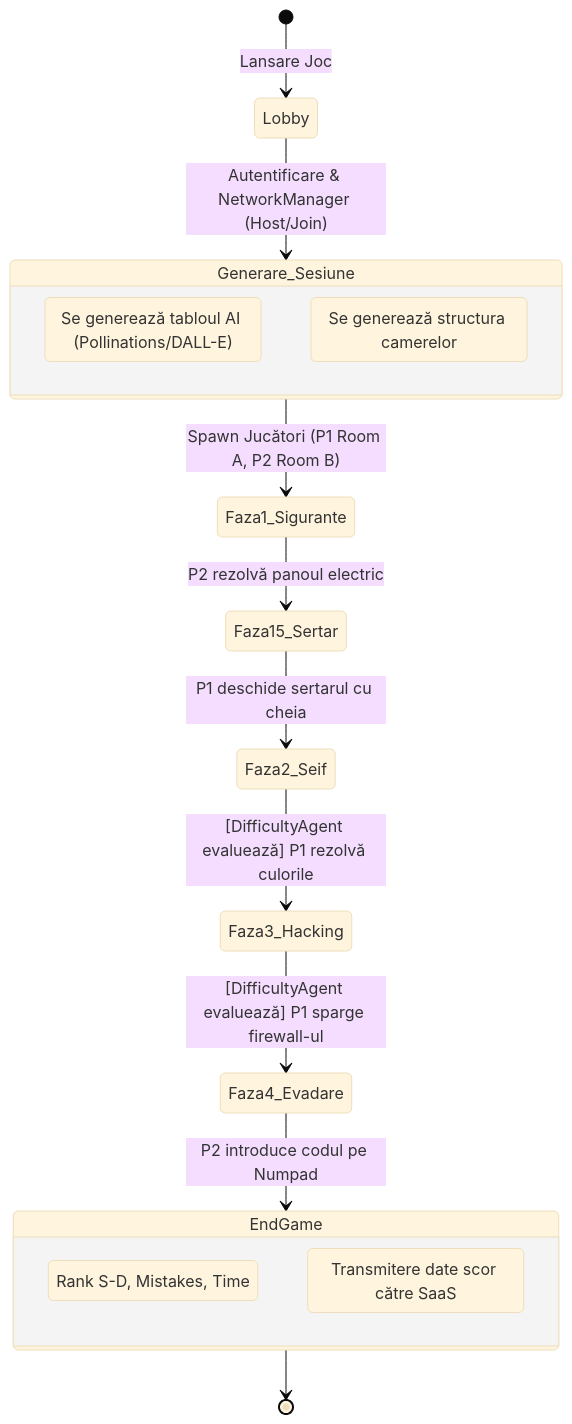
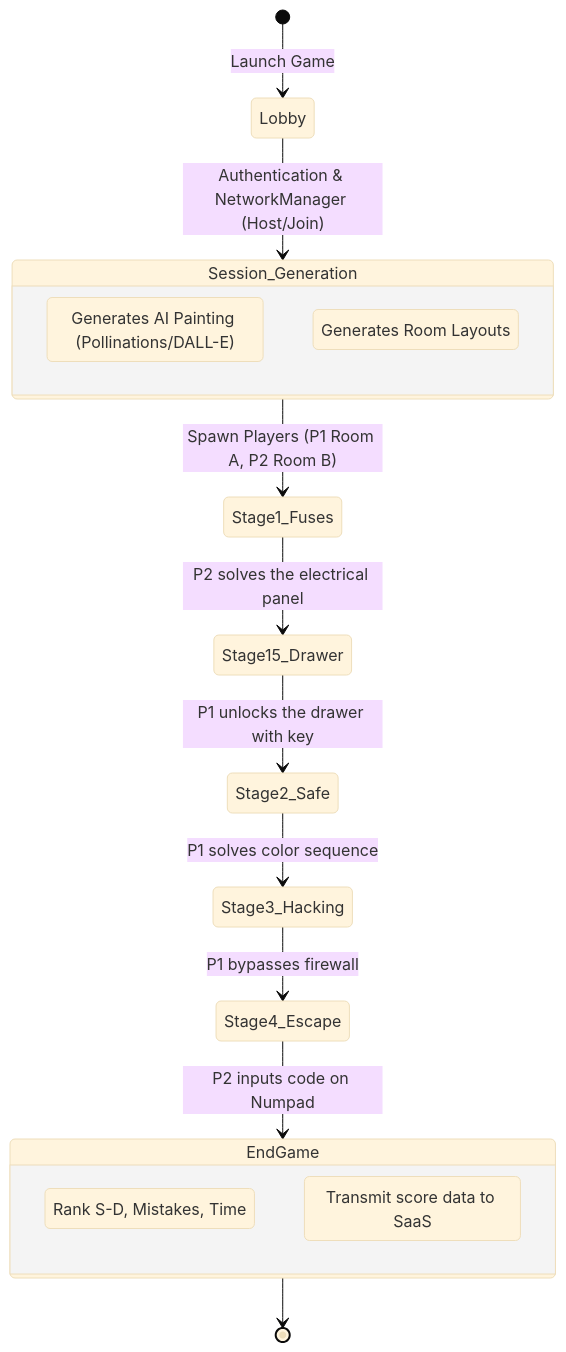
One commit to neica200/Echo-Chamber-Coop changed the second of 10 diagrams in diagrame_arhitectura.md. Above: the diagram before and after it, drawn with Mermaid (base theme). The commit also changed other lines of this file, not shown here.

Commit message:
update diagrams

````diff
--- a/diagrame_arhitectura.md
+++ b/diagrame_arhitectura.md
@@ -83,24 +81,24 @@
 ```mermaid
 stateDiagram-v2
-    [*] --> Lobby : Lansare Joc
-    Lobby --> Generare_Sesiune : Autentificare & NetworkManager (Host/Join)
+    [*] --> Lobby : Launch Game
+    Lobby --> Session_Generation : Authentication & NetworkManager (Host/Join)
     
-    state Generare_Sesiune {
-        PaintingAI_Request : Se generează tabloul AI (Pollinations/DALL-E)
-        Procedural_Gen : Se generează structura camerelor
+    state Session_Generation {
+        PaintingAI_Request : Generates AI Painting (Pollinations/DALL-E)
+        Procedural_Gen : Generates Room Layouts
     }
     
-    Generare_Sesiune --> Faza1_Sigurante : Spawn Jucători (P1 Room A, P2 Room B)
+    Session_Generation --> Stage1_Fuses : Spawn Players (P1 Room A, P2 Room B)
     
-    Faza1_Sigurante --> Faza15_Sertar : P2 rezolvă panoul electric
-    Faza15_Sertar --> Faza2_Seif : P1 deschide sertarul cu cheia
-    Faza2_Seif --> Faza3_Hacking : [DifficultyAgent evaluează] P1 rezolvă culorile
-    Faza3_Hacking --> Faza4_Evadare : [DifficultyAgent evaluează] P1 sparge firewall-ul
-    Faza4_Evadare --> EndGame : P2 introduce codul pe Numpad
+    Stage1_Fuses --> Stage15_Drawer : P2 solves the electrical panel
+    Stage15_Drawer --> Stage2_Safe : P1 unlocks the drawer with key
+    Stage2_Safe --> Stage3_Hacking : P1 solves color sequence
+    Stage3_Hacking --> Stage4_Escape : P1 bypasses firewall
+    Stage4_Escape --> EndGame : P2 inputs code on Numpad
     
     state EndGame {
-        Afisare_Statistici : Rank S-D, Mistakes, Time
-        Salvare_Backend : Transmitere date scor către SaaS
+        Display_Stats : Rank S-D, Mistakes, Time
+        Backend_Save : Transmit score data to SaaS
     }
     EndGame --> [*]
 ```
````
